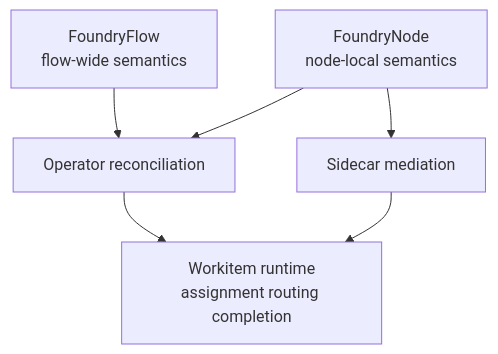
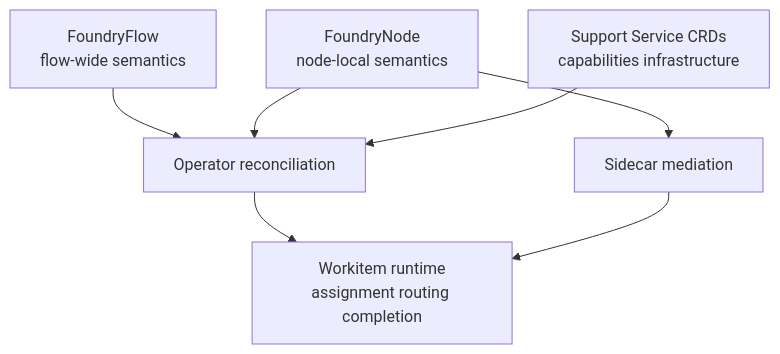
Before and after one commit to really-knows-ai/gideas: the first of 3 diagrams in 02-flow/05-configuration.md, drawn with Mermaid. The commit also changed other lines of this file and 13 other files, not shown here.

Commit message:
docs: introduce Flow Support Services concept, update related documentation, and clarify Codification Services role

````diff
--- a/02-flow/05-configuration.md
+++ b/02-flow/05-configuration.md
@@ -20,8 +21,9 @@
 ```mermaid
 flowchart TB
     FF["FoundryFlow<br/>flow-wide semantics"] --> OP["Operator reconciliation"]
     FN["FoundryNode<br/>node-local semantics"] --> OP
+    SS["Support Service CRDs<br/>capabilities infrastructure"] --> OP
     OP --> WI["Workitem runtime<br/>assignment routing completion"]
     FN --> SC["Sidecar mediation"]
     SC --> WI
 ```
````
